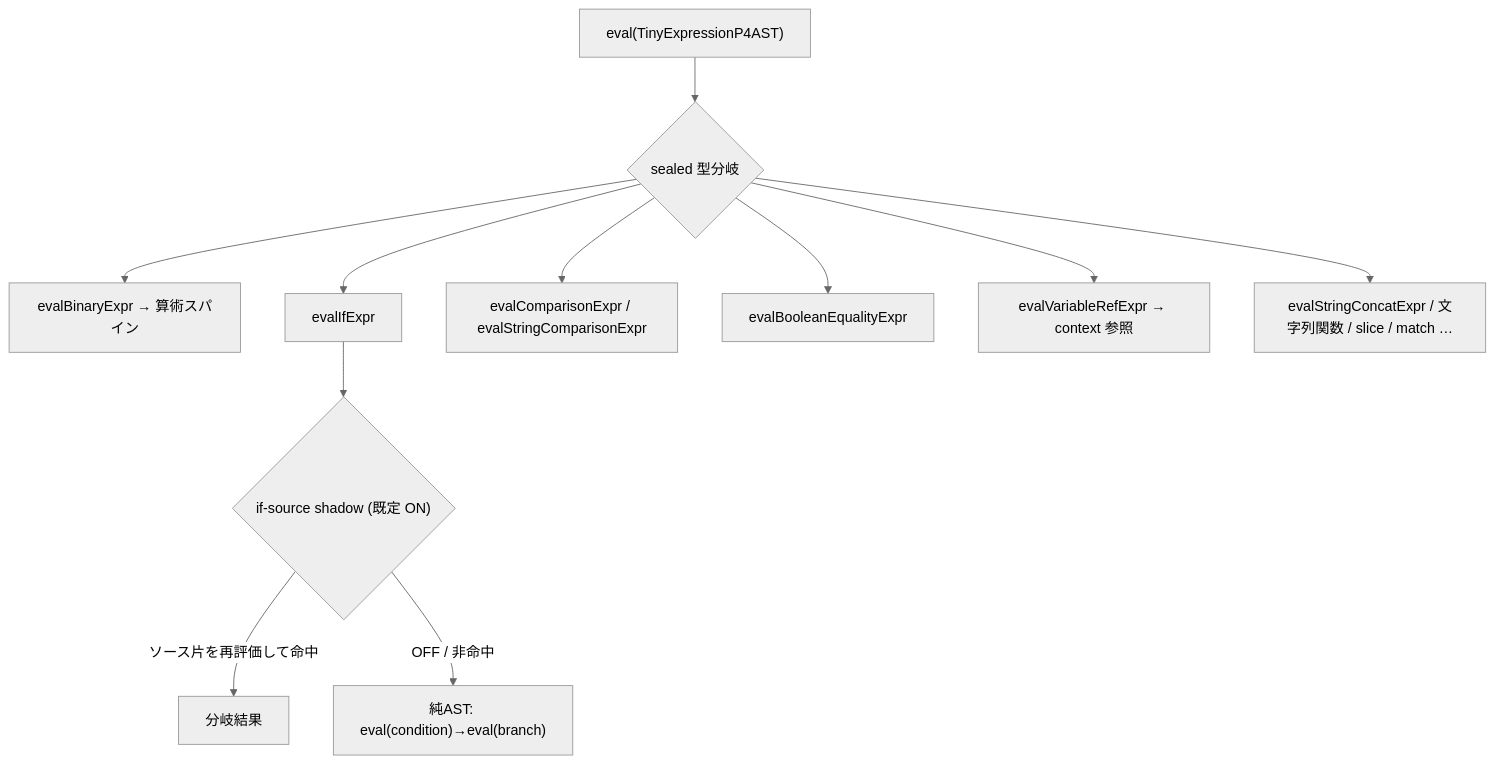
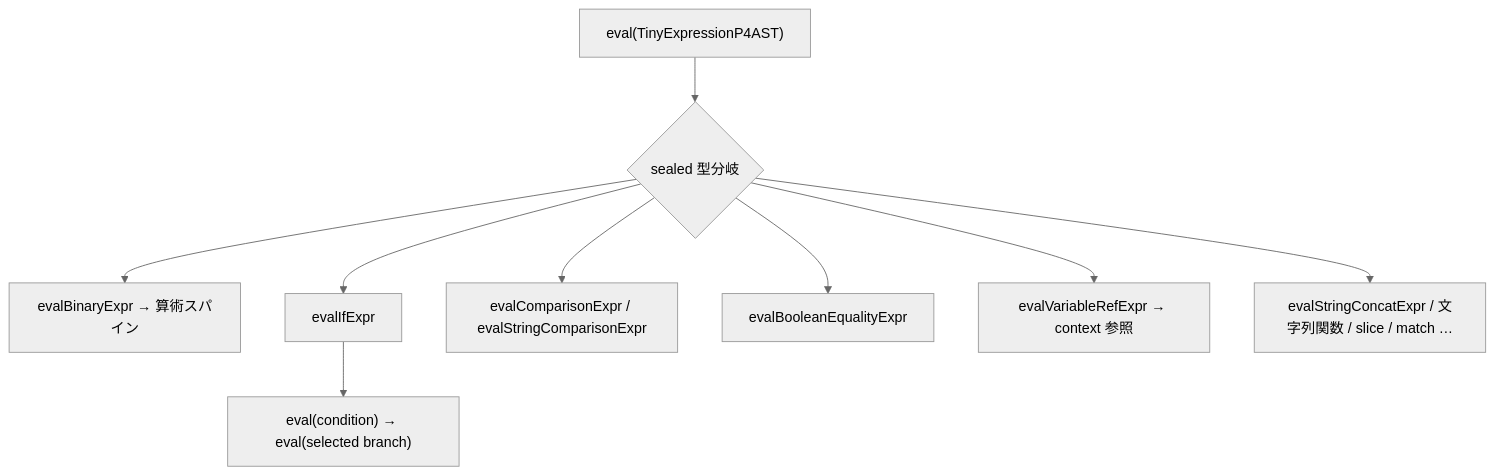
Before and after one commit to opaopa6969/tinyexpression: the sixth of 7 diagrams in docs/architecture-p4.md, drawn with Mermaid (neutral theme). The commit also changed other lines of this file and 40 other files, not shown here.

````diff
--- a/docs/architecture-p4.md
+++ b/docs/architecture-p4.md
@@ -131,13 +129,11 @@
 ```mermaid
 flowchart TD
   EV["eval(TinyExpressionP4AST)"] --> SW{"sealed 型分岐"}
   SW --> BIN["evalBinaryExpr → 算術スパイン"]
   SW --> IF["evalIfExpr"]
   SW --> CMP["evalComparisonExpr / evalStringComparisonExpr"]
   SW --> EQ["evalBooleanEqualityExpr"]
   SW --> VAR["evalVariableRefExpr → context 参照"]
   SW --> STR["evalStringConcatExpr / 文字列関数 / slice / match …"]
-  IF --> SHADOW{"if-source shadow (既定 ON)"}
-  SHADOW -->|"ソース片を再評価して命中"| RSH["分岐結果"]
-  SHADOW -->|"OFF / 非命中"| ASTW["純AST: eval(condition)→eval(branch)"]
+  IF --> ASTW["eval(condition) → eval(selected branch)"]
 ```
````
